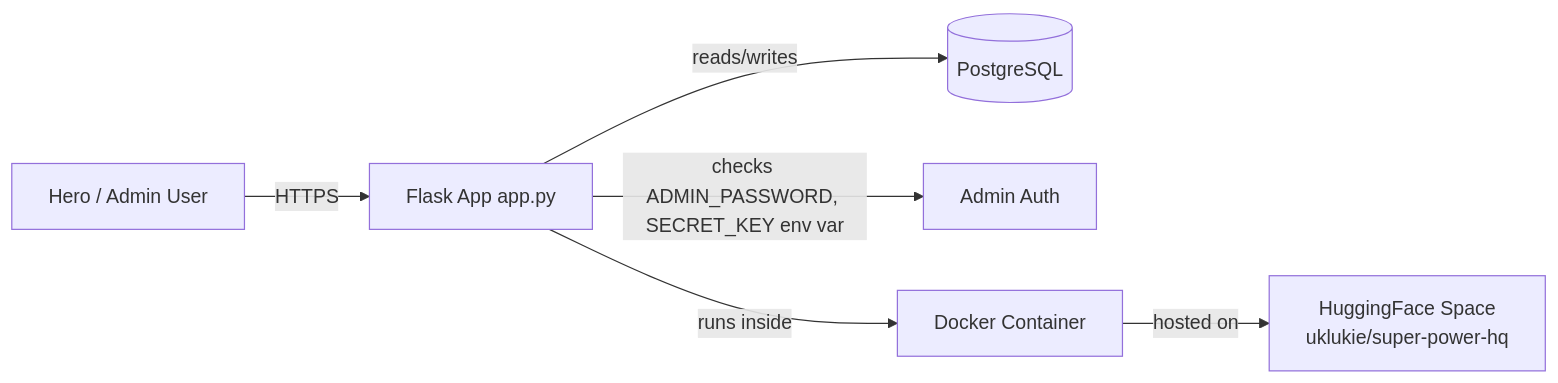
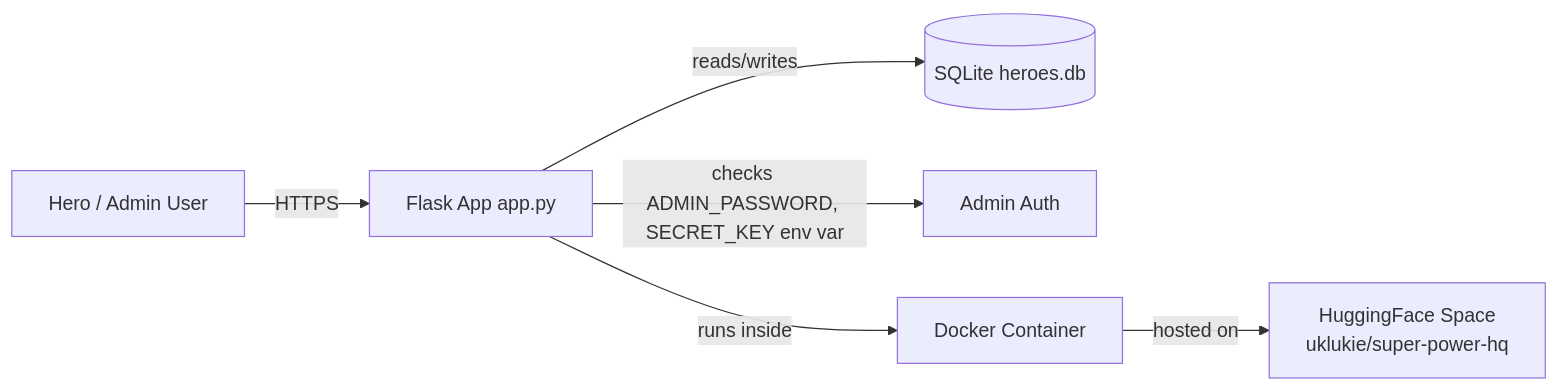
Before and after one commit to lukeli-iott/super-power-hq-01: the first of 2 diagrams in README.md, drawn with Mermaid. The commit also changed other lines of this file and 3 other files, not shown here.

````diff
--- a/README.md
+++ b/README.md
@@ -57,8 +51,8 @@
 ```mermaid
 flowchart LR
     User[Hero / Admin User] -->|HTTPS| App[Flask App app.py]
-    App -->|reads/writes| DB[(PostgreSQL)]
+    App -->|reads/writes| DB[(SQLite heroes.db)]
     App -->|checks ADMIN_PASSWORD, SECRET_KEY env var| Auth[Admin Auth]
     App -->|runs inside| Docker[Docker Container]
     Docker -->|hosted on| HF[HuggingFace Space<br/>uklukie/super-power-hq]
 ```
````
